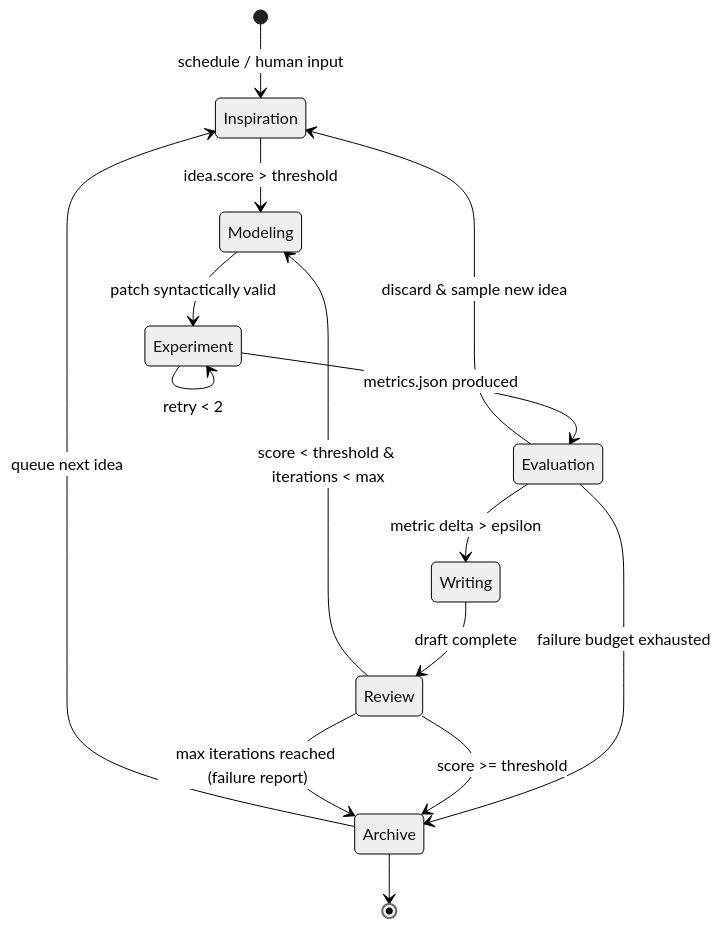
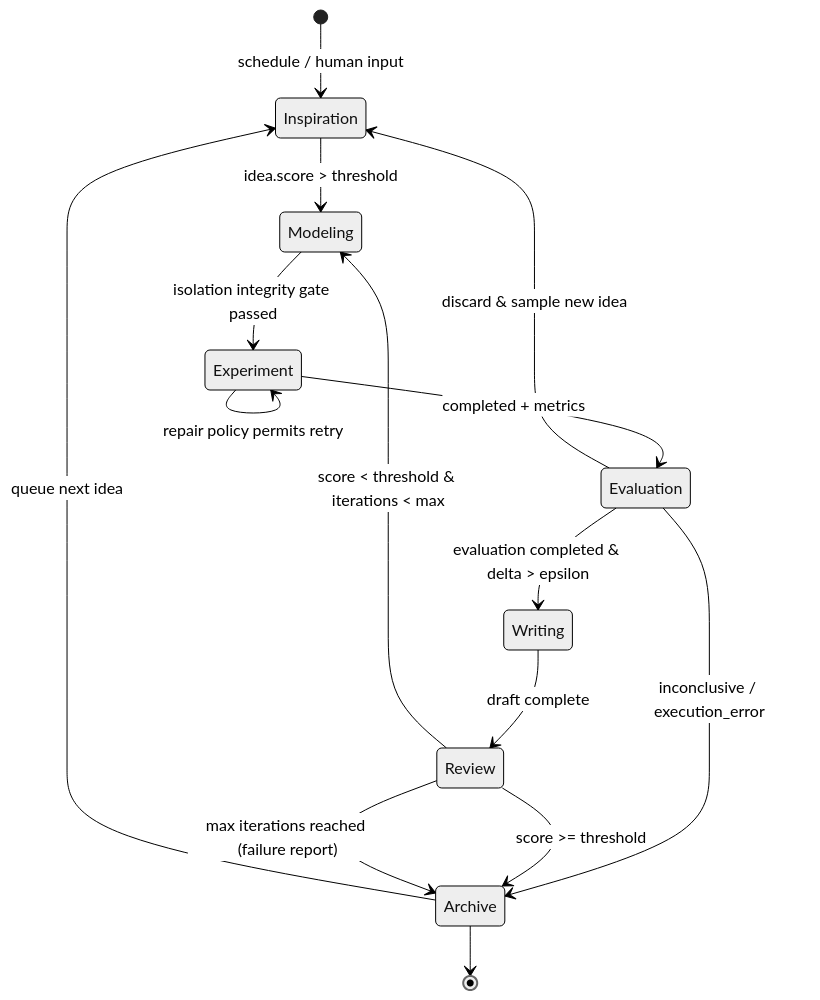
Before and after one commit to dbydd/research-flywheel: the first of 2 diagrams in template/00-spec.md, drawn with Mermaid (neutral theme). The commit also changed other lines of this file and 905 other files, not shown here.

````diff
--- a/template/00-spec.md
+++ b/template/00-spec.md
@@ -49,17 +49,17 @@
 ```mermaid
 stateDiagram-v2
     [*] --> Inspiration: schedule / human input
     Inspiration --> Modeling: idea.score > threshold
-    Modeling --> Experiment: patch syntactically valid
-    Experiment --> Evaluation: metrics.json produced
-    Experiment --> Experiment: retry < 2
-    Evaluation --> Writing: metric delta > epsilon
+    Modeling --> Experiment: isolation integrity gate passed
+    Experiment --> Evaluation: completed + metrics
+    Experiment --> Experiment: repair policy permits retry
+    Evaluation --> Writing: evaluation completed & delta > epsilon
     Evaluation --> Inspiration: discard & sample new idea
-    Evaluation --> Archive: failure budget exhausted
+    Evaluation --> Archive: inconclusive / execution_error
     Writing --> Review: draft complete
     Review --> Archive: score >= threshold
     Review --> Modeling: score < threshold & iterations < max
     Review --> Archive: max iterations reached (failure report)
     Archive --> Inspiration: queue next idea
     Archive --> [*]
 ```
````
